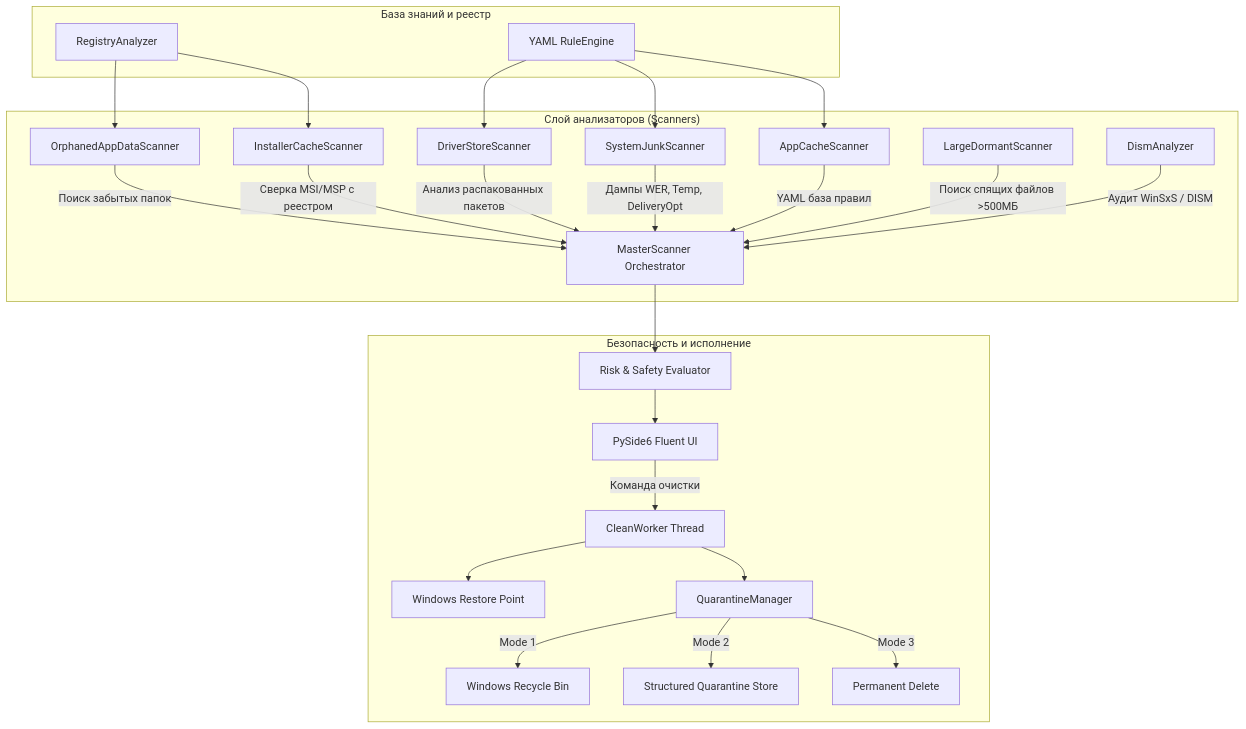
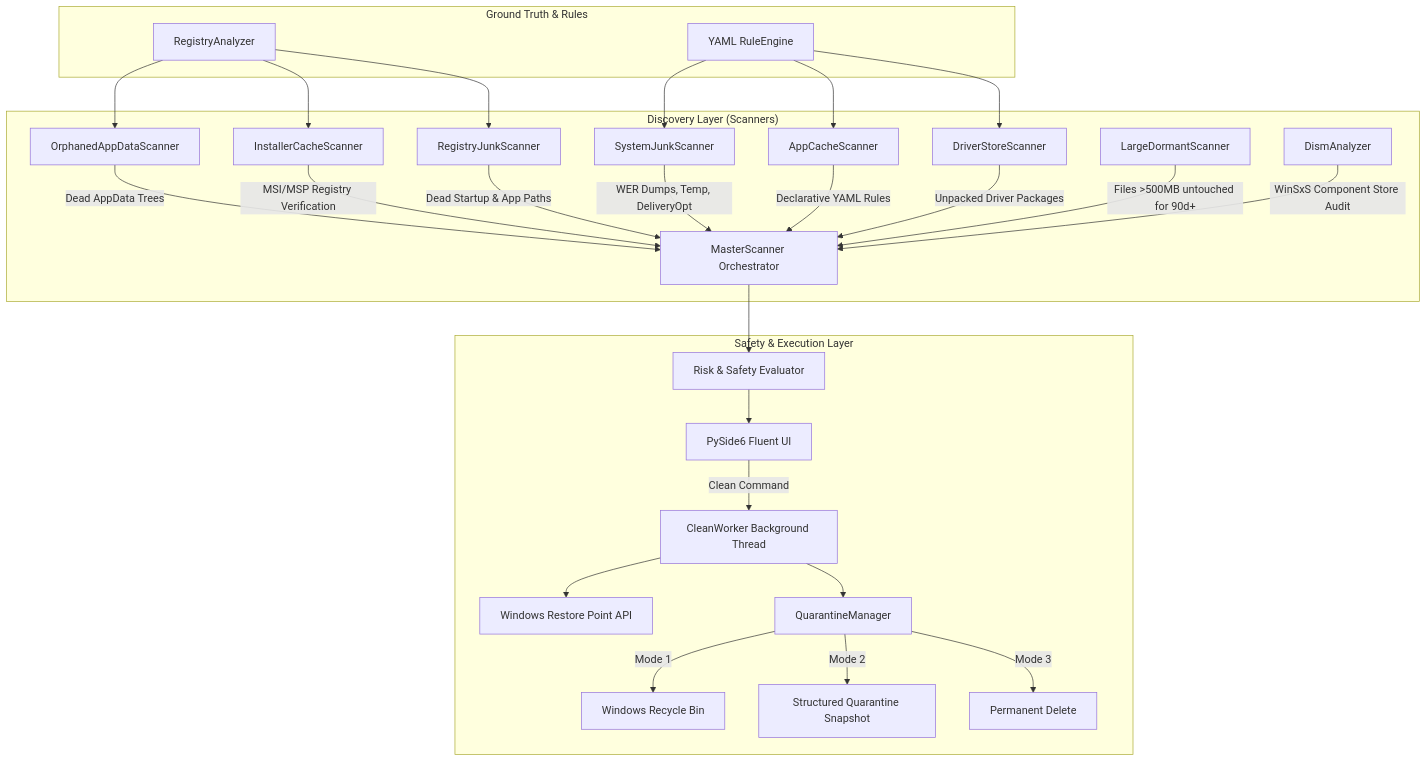
The diagram in DOCUMENTATION.md (hakerishka/aetherclean), drawn with Mermaid before and after one commit. The commit also changed other lines of this file and 12 other files, not shown here.

````diff
--- a/DOCUMENTATION.md
+++ b/DOCUMENTATION.md
@@ -7,31 +7,33 @@
 ```mermaid
 graph TD
-    subgraph "Слой анализаторов (Scanners)"
-        A[OrphanedAppDataScanner] -->|Поиск забытых папок| ORCH[MasterScanner Orchestrator]
-        B[InstallerCacheScanner] -->|Сверка MSI/MSP с реестром| ORCH
-        C[DriverStoreScanner] -->|Анализ распакованных пакетов| ORCH
-        D[SystemJunkScanner] -->|Дампы WER, Temp, DeliveryOpt| ORCH
-        E[AppCacheScanner] -->|YAML база правил| ORCH
-        F[LargeDormantScanner] -->|Поиск спящих файлов >500МБ| ORCH
-        G[DismAnalyzer] -->|Аудит WinSxS / DISM| ORCH
+    subgraph "Discovery Layer (Scanners)"
+        A[OrphanedAppDataScanner] -->|Dead AppData Trees| ORCH[MasterScanner Orchestrator]
+        B[InstallerCacheScanner] -->|MSI/MSP Registry Verification| ORCH
+        C[DriverStoreScanner] -->|Unpacked Driver Packages| ORCH
+        D[RegistryJunkScanner] -->|Dead Startup & App Paths| ORCH
+        E[SystemJunkScanner] -->|WER Dumps, Temp, DeliveryOpt| ORCH
+        F[AppCacheScanner] -->|Declarative YAML Rules| ORCH
+        G[LargeDormantScanner] -->|Files >500MB untouched for 90d+| ORCH
+        H[DismAnalyzer] -->|WinSxS Component Store Audit| ORCH
     end
 
-    subgraph "База знаний и реестр"
+    subgraph "Ground Truth & Rules"
         REG[RegistryAnalyzer] --> A
         REG --> B
-        RULES[YAML RuleEngine] --> D
-        RULES --> E
+        REG --> D
+        RULES[YAML RuleEngine] --> E
+        RULES --> F
         RULES --> C
     end
 
-    subgraph "Безопасность и исполнение"
+    subgraph "Safety & Execution Layer"
         ORCH --> EVAL[Risk & Safety Evaluator]
         EVAL --> UI[PySide6 Fluent UI]
-        UI -->|Команда очистки| WORKER[CleanWorker Thread]
-        WORKER --> RP[Windows Restore Point]
+        UI -->|Clean Command| WORKER[CleanWorker Background Thread]
+        WORKER --> RP[Windows Restore Point API]
         WORKER --> QM[QuarantineManager]
         QM -->|Mode 1| RB[Windows Recycle Bin]
-        QM -->|Mode 2| QUAR[Structured Quarantine Store]
+        QM -->|Mode 2| QUAR[Structured Quarantine Snapshot]
         QM -->|Mode 3| PERM[Permanent Delete]
     end
 ```
````
